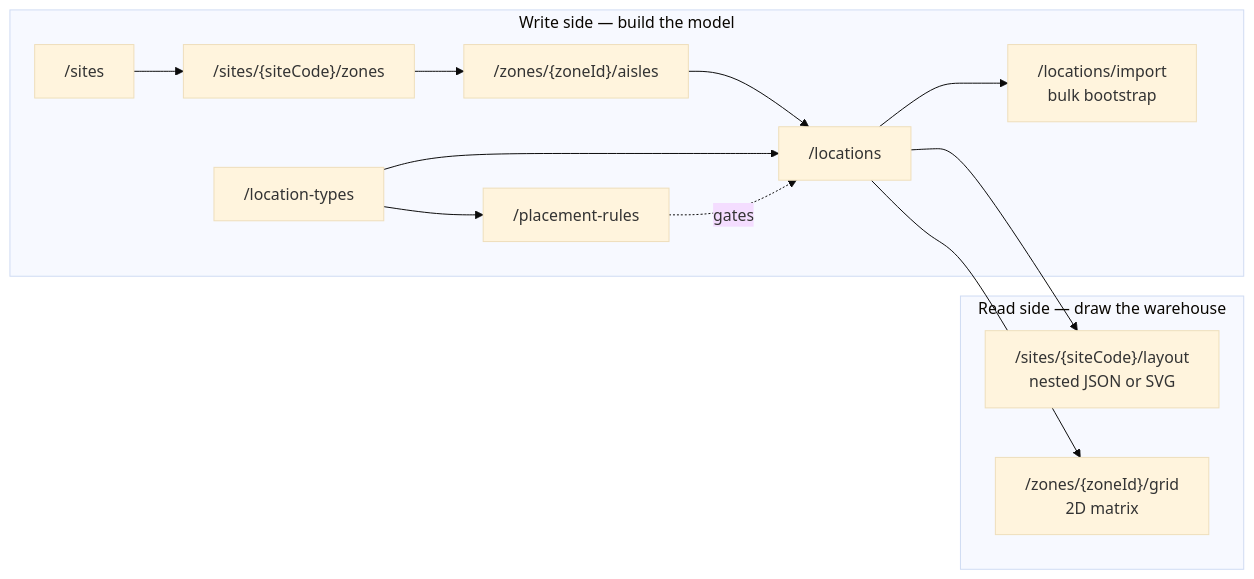
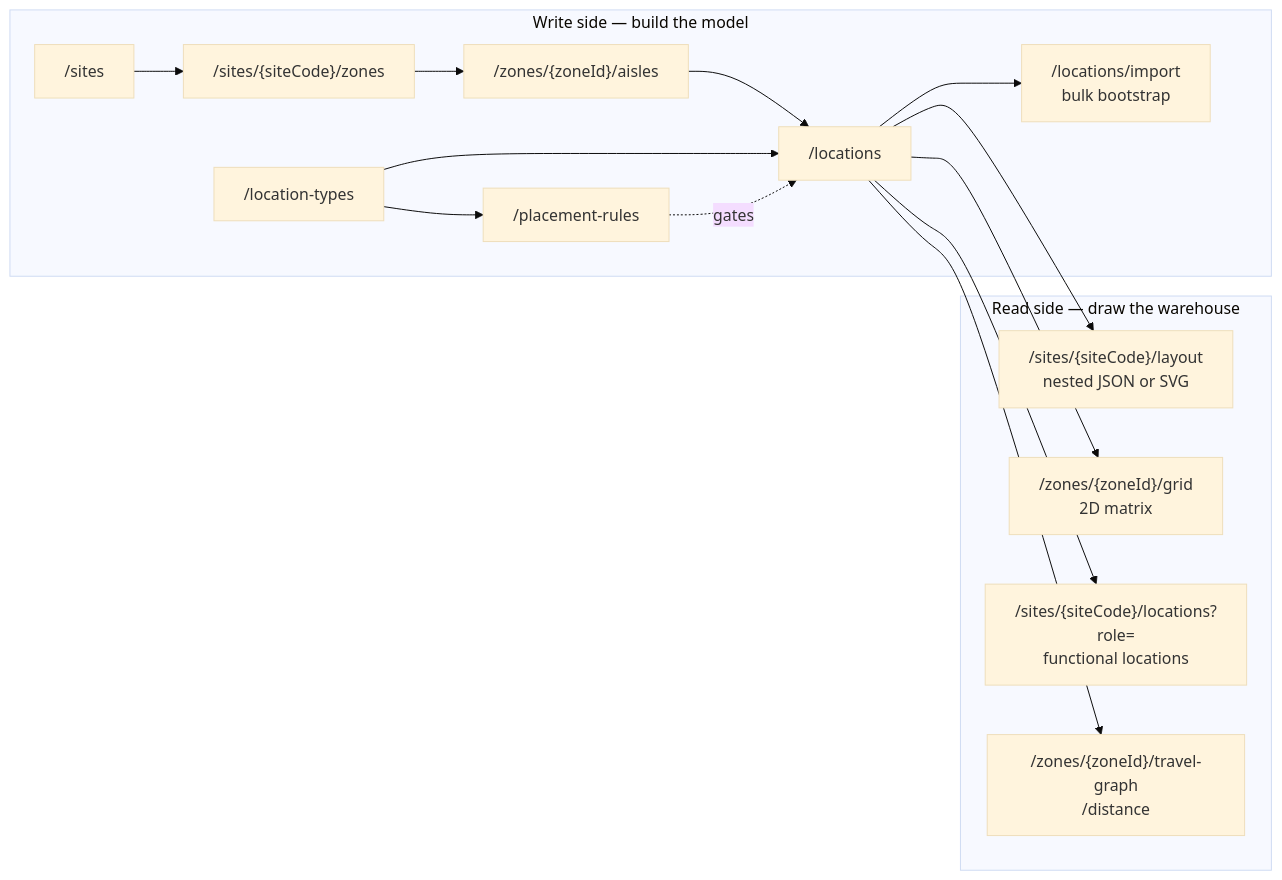
The diagram in docs/docs/api-reference/index.md (claudioed/facility-layout), drawn with Mermaid (base theme) before and after one commit. The commit also changed other lines of this file and 24 other files, not shown here.

````diff
--- a/docs/docs/api-reference/index.md
+++ b/docs/docs/api-reference/index.md
@@ -52,20 +55,24 @@
 ```mermaid
 graph LR
     subgraph W["Write side — build the model"]
         S["/sites"] --> Z["/sites/{siteCode}/zones"]
         Z --> A["/zones/{zoneId}/aisles"]
         LT["/location-types"] --> PR["/placement-rules"]
         A --> L["/locations"]
         LT --> L
         PR -.gates.-> L
         L --> IMP["/locations/import<br/>bulk bootstrap"]
     end
 
     subgraph R["Read side — draw the warehouse"]
         LAY["/sites/{siteCode}/layout<br/>nested JSON or SVG"]
         GRID["/zones/{zoneId}/grid<br/>2D matrix"]
+        ROLE["/sites/{siteCode}/locations?role=<br/>functional locations"]
+        TG["/zones/{zoneId}/travel-graph<br/>/distance"]
     end
 
     L --> LAY
     L --> GRID
+    L --> ROLE
+    L --> TG
 ```
````
